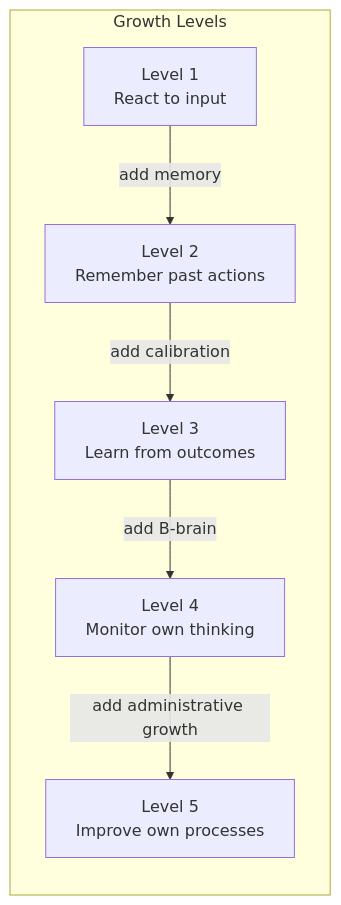
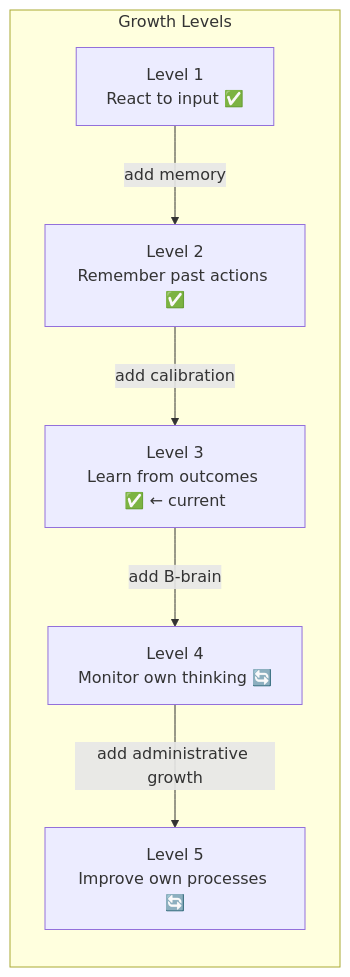
One commit to tfatykhov/nous changed the third of 4 diagrams in README.md. Above: the diagram before and after it, drawn with Mermaid. The commit also changed other lines of this file, not shown here.

````diff
--- a/README.md
+++ b/README.md
@@ -182,15 +182,15 @@
 ```mermaid
 graph LR
     subgraph "Growth Levels"
-        L1[Level 1<br/>React to input]
-        L2[Level 2<br/>Remember past actions]
-        L3[Level 3<br/>Learn from outcomes]
-        L4[Level 4<br/>Monitor own thinking]
-        L5[Level 5<br/>Improve own processes]
+        L1[Level 1<br/>React to input ✅]
+        L2[Level 2<br/>Remember past actions ✅]
+        L3[Level 3<br/>Learn from outcomes ✅ ← current]
+        L4[Level 4<br/>Monitor own thinking 🔄]
+        L5[Level 5<br/>Improve own processes 🔄]
     end
 
     L1 -->|add memory| L2
     L2 -->|add calibration| L3
     L3 -->|add B-brain| L4
     L4 -->|add administrative growth| L5
 ```
````
